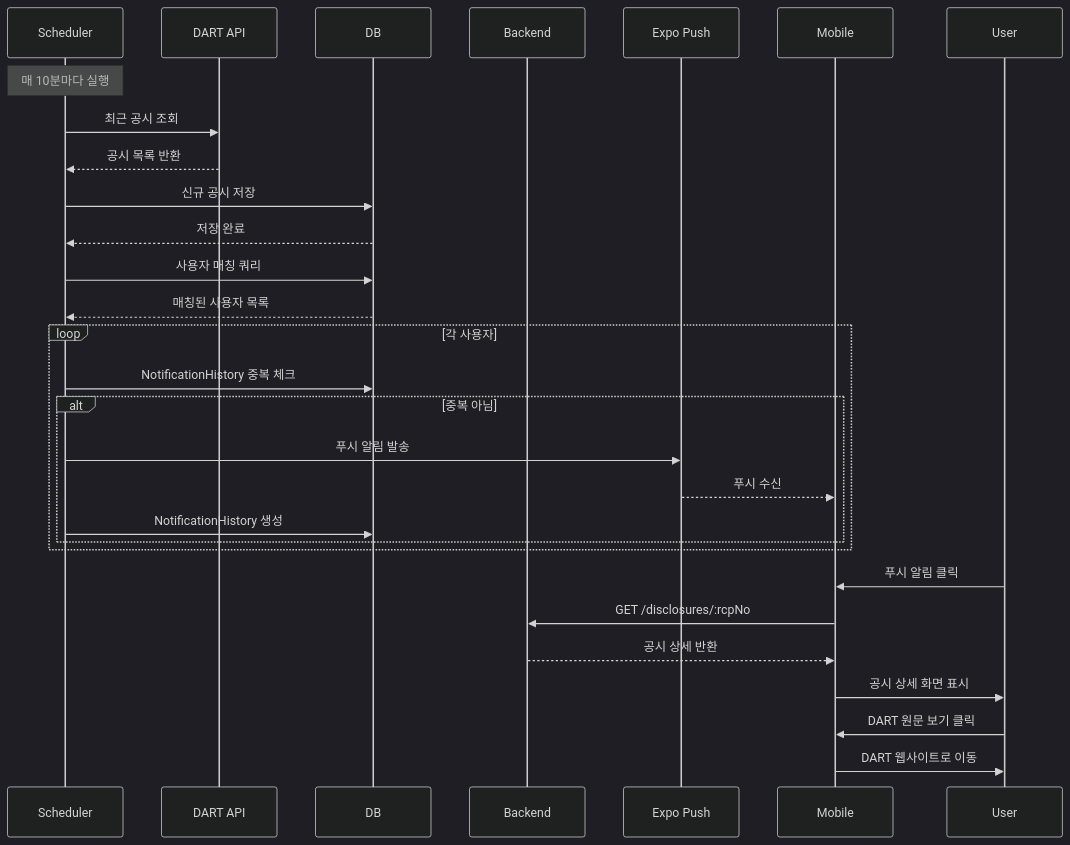
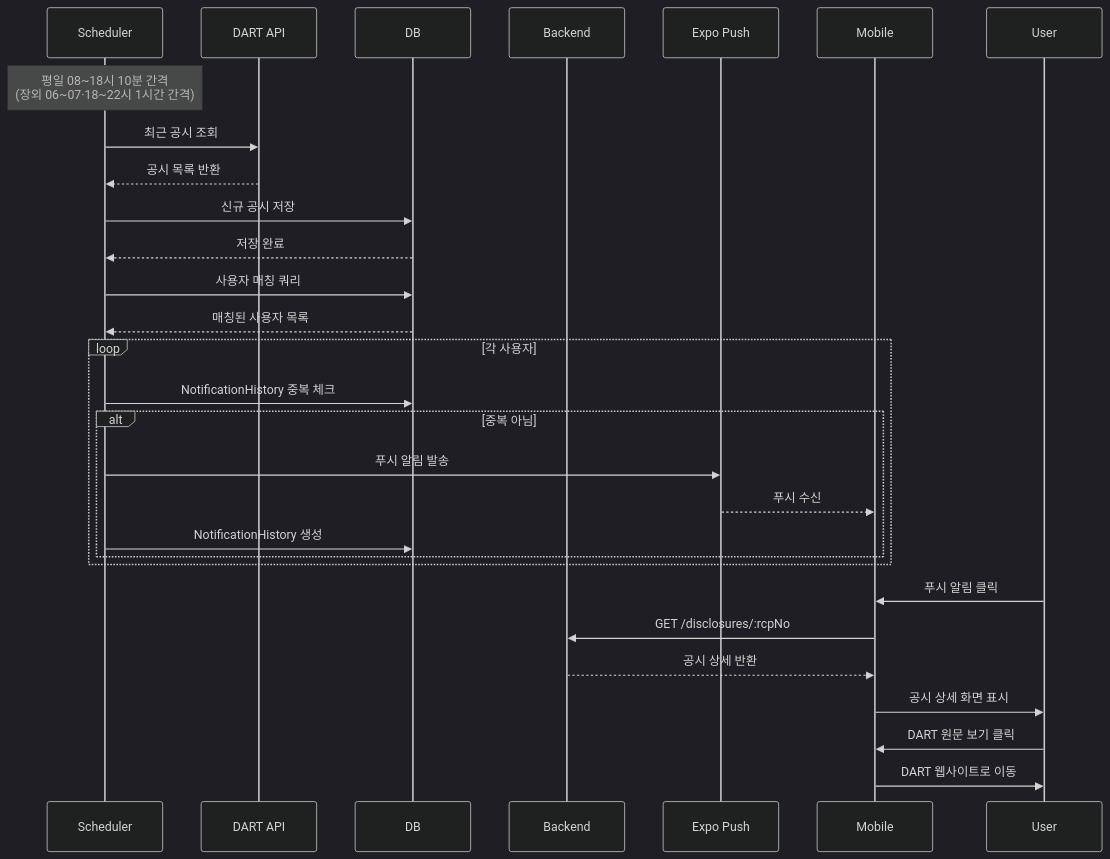
Before and after one commit to Dubbi96/dart-notification: the second of 4 diagrams in docs/workflow.md, drawn with Mermaid (dark theme). The commit also changed other lines of this file and 13 other files, not shown here.

````diff
--- a/docs/workflow.md
+++ b/docs/workflow.md
@@ -61,38 +59,38 @@
 ```mermaid
 sequenceDiagram
     participant Scheduler
     participant DART API
     participant DB
     participant Backend
     participant Expo Push
     participant Mobile
     participant User
 
-    Note over Scheduler: 매 10분마다 실행
+    Note over Scheduler: 평일 08~18시 10분 간격<br/>(장외 06~07·18~22시 1시간 간격)
 
     Scheduler->>DART API: 최근 공시 조회
     DART API-->>Scheduler: 공시 목록 반환
 
     Scheduler->>DB: 신규 공시 저장
     DB-->>Scheduler: 저장 완료
 
     Scheduler->>DB: 사용자 매칭 쿼리
     DB-->>Scheduler: 매칭된 사용자 목록
 
     loop 각 사용자
         Scheduler->>DB: NotificationHistory 중복 체크
         alt 중복 아님
             Scheduler->>Expo Push: 푸시 알림 발송
             Expo Push-->>Mobile: 푸시 수신
             Scheduler->>DB: NotificationHistory 생성
         end
     end
 
     User->>Mobile: 푸시 알림 클릭
     Mobile->>Backend: GET /disclosures/:rcpNo
     Backend-->>Mobile: 공시 상세 반환
     Mobile->>User: 공시 상세 화면 표시
 
     User->>Mobile: DART 원문 보기 클릭
     Mobile->>User: DART 웹사이트로 이동
 ```
````
